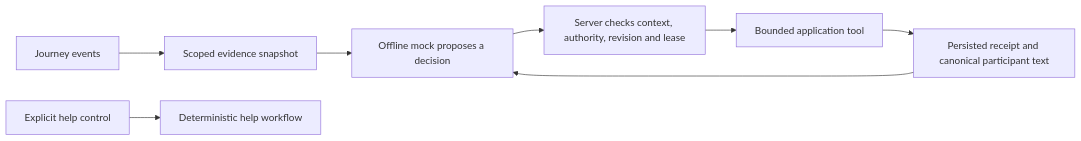
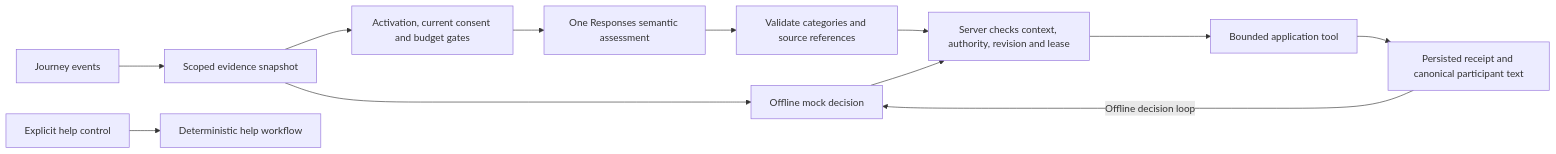
One commit to Jrffy666/StillHere changed the diagram in docs/AI_DESIGN.md. Above: the diagram before and after it, drawn with Mermaid. The commit also changed other lines of this file and 33 other files, not shown here.

````diff
--- a/docs/AI_DESIGN.md
+++ b/docs/AI_DESIGN.md
@@ -59,10 +61,14 @@
 ```mermaid
 flowchart LR
   E[Journey events] --> C[Scoped evidence snapshot]
-  C --> M[Offline mock proposes a decision]
-  M --> P[Server checks context, authority, revision and lease]
+  C --> O[Offline mock decision]
+  C --> G[Activation, current consent and budget gates]
+  G --> M[One Responses semantic assessment]
+  M --> V[Validate categories and source references]
+  V --> P[Server checks context, authority, revision and lease]
+  O --> P
   P --> T[Bounded application tool]
   T --> R[Persisted receipt and canonical participant text]
-  R --> M
+  R -->|Offline decision loop| O
   S[Explicit help control] --> H[Deterministic help workflow]
 ```
````
